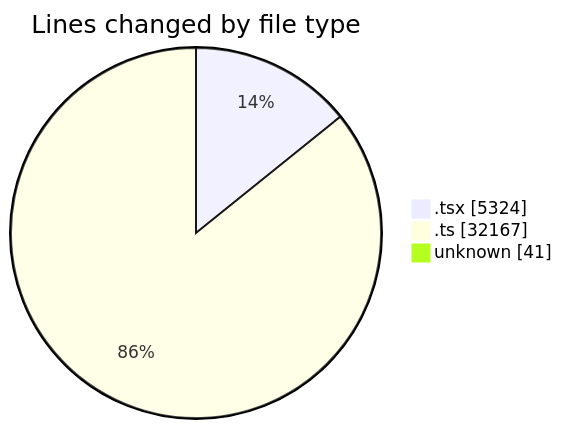
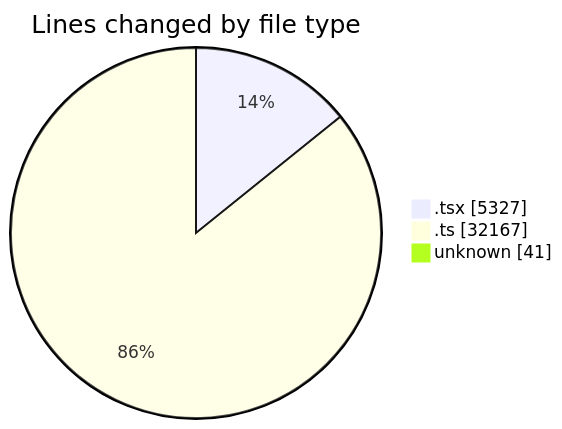
Before and after one commit to momahboobian/code-tracking: the first of 2 diagrams in 2025-07-07/cda/README.md, drawn with Mermaid. The commit also changed other lines of this file and 1 other file, not shown here.

````diff
--- a/2025-07-07/cda/README.md
+++ b/2025-07-07/cda/README.md
@@ -34,7 +34,7 @@
 ```mermaid
 pie showData
 title Lines changed by file type
-".tsx" : 5324
+".tsx" : 5327
 ".ts" : 32167
 "unknown" : 41
 ```
````
